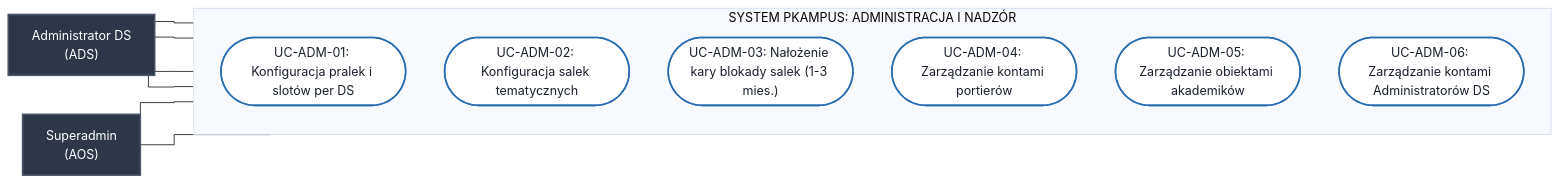
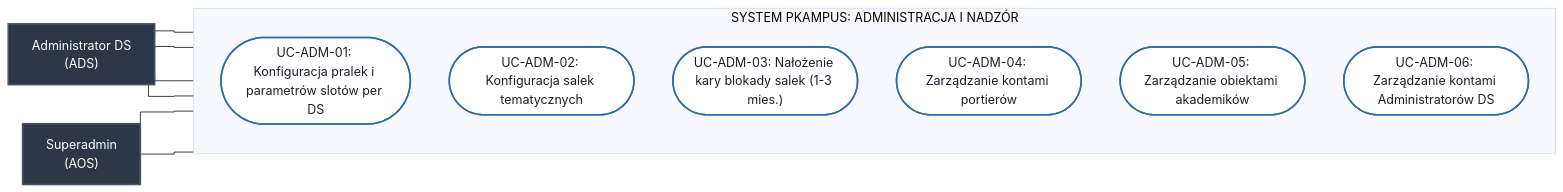
Before and after one commit to Buczy8/PKampus: the ninth of 9 diagrams in Docs/Diagramy_Przypadkow_Uzycia.md, drawn with Mermaid (base theme). The commit also changed other lines of this file and 2 other files, not shown here.

Commit message:
docs: add state machine diagrams for user account, laundry booking, room booking, issue reporting, and sanctions lifecycle

````diff
--- a/Docs/Diagramy_Przypadkow_Uzycia.md
+++ b/Docs/Diagramy_Przypadkow_Uzycia.md
@@ -293,28 +349,28 @@
 ```mermaid
 %%{init: {'flowchart': {'curve': 'stepBefore'}}}%%
 flowchart LR
     classDef actorStyle fill:#2d3748,stroke:#4a5568,stroke-width:2px,color:#fff;
     classDef ucStyle fill:#fff,stroke:#2b6cb0,stroke-width:2px,color:#1a202c;
 
     AdminDS["Administrator DS<br/>(ADS)"]:::actorStyle
 
     subgraph System_Admin ["SYSTEM PKAMPUS: ADMINISTRACJA I NADZÓR"]
         direction TB
-        UC_ADM_01(["UC-ADM-01: Konfiguracja pralek i slotów per DS"]):::ucStyle
+        UC_ADM_01(["UC-ADM-01: Konfiguracja pralek i parametrów slotów per DS"]):::ucStyle
         UC_ADM_02(["UC-ADM-02: Konfiguracja salek tematycznych"]):::ucStyle
         UC_ADM_03(["UC-ADM-03: Nałożenie kary blokady salek (1-3 mies.)"]):::ucStyle
         UC_ADM_04(["UC-ADM-04: Zarządzanie kontami portierów"]):::ucStyle
         UC_ADM_05(["UC-ADM-05: Zarządzanie obiektami akademików"]):::ucStyle
         UC_ADM_06(["UC-ADM-06: Zarządzanie kontami Administratorów DS"]):::ucStyle
     end
 
     SuperAdmin["Superadmin<br/>(AOS)"]:::actorStyle
 
     AdminDS --- UC_ADM_01
     AdminDS --- UC_ADM_02
     AdminDS --- UC_ADM_03
     AdminDS --- UC_ADM_04
 
     SuperAdmin --- UC_ADM_05
     SuperAdmin --- UC_ADM_06
 ```
````
